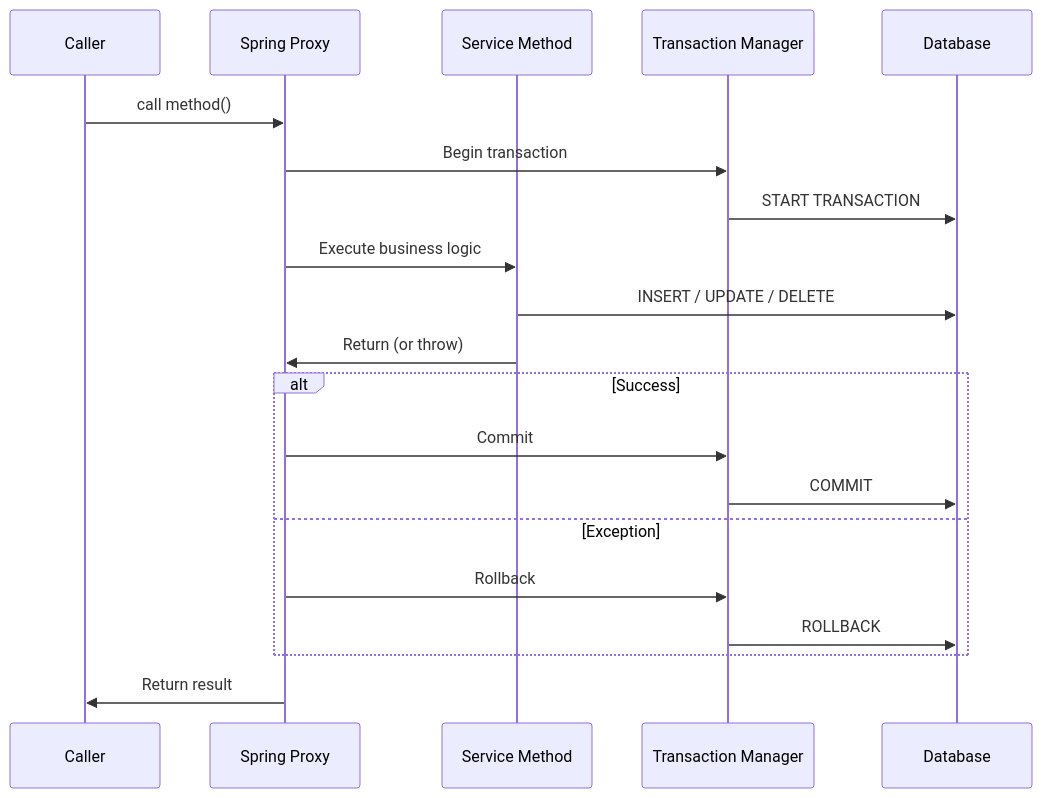
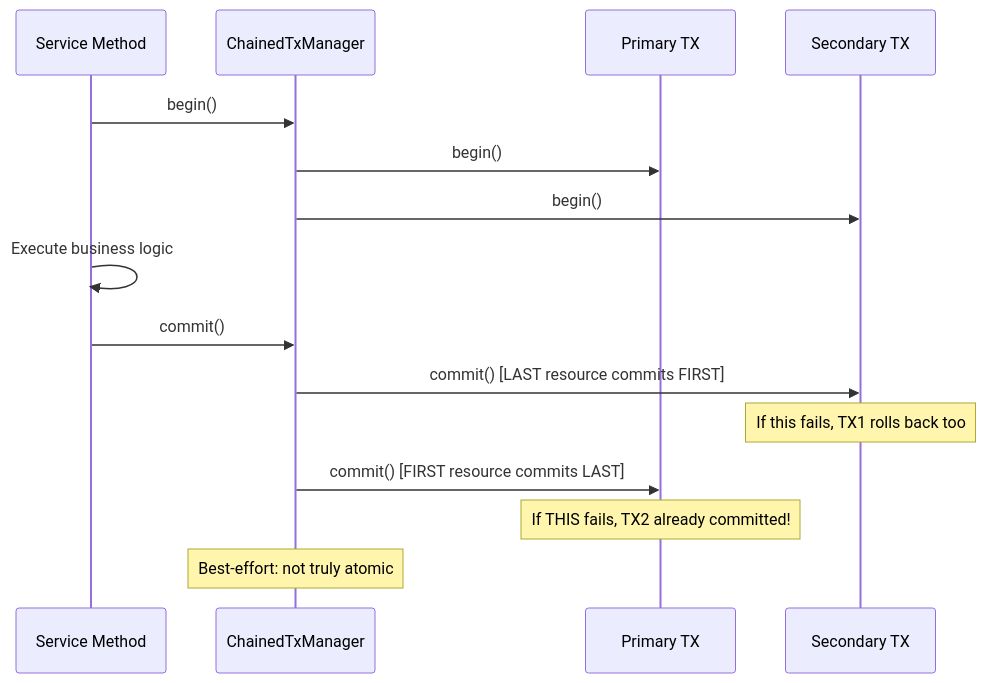
One commit to saivamsikaruturi/vamsilabs-dev-notes-main changed the seventh of 7 diagrams in docs/springboot/transactions.md. Above: the diagram before and after it, drawn with Mermaid. The commit also changed other lines of this file and 21 other files, not shown here.

````diff
--- a/docs/springboot/transactions.md
+++ b/docs/springboot/transactions.md
@@ -536,24 +1167,20 @@
 ```mermaid
 sequenceDiagram
-    participant C as Caller
-    participant P as Spring Proxy
-    participant S as Service Method
-    participant TM as Transaction Manager
-    participant DB as Database
+    participant App as Service Method
+    participant CTM as ChainedTxManager
+    participant TX1 as Primary TX
+    participant TX2 as Secondary TX
 
-    C->>P: call method()
-    P->>TM: Begin transaction
-    TM->>DB: START TRANSACTION
-    P->>S: Execute business logic
-    S->>DB: INSERT / UPDATE / DELETE
-    S->>P: Return (or throw)
+    App->>CTM: begin()
+    CTM->>TX1: begin()
+    CTM->>TX2: begin()
     
-    alt Success
-        P->>TM: Commit
-        TM->>DB: COMMIT
-    else Exception
-        P->>TM: Rollback
-        TM->>DB: ROLLBACK
-    end
-    P->>C: Return result
+    App->>App: Execute business logic
+    
+    App->>CTM: commit()
+    CTM->>TX2: commit() [LAST resource commits FIRST]
+    Note over TX2: If this fails, TX1 rolls back too
+    CTM->>TX1: commit() [FIRST resource commits LAST]
+    Note over TX1: If THIS fails, TX2 already committed!
+    Note over CTM: Best-effort: not truly atomic
 ```
````
